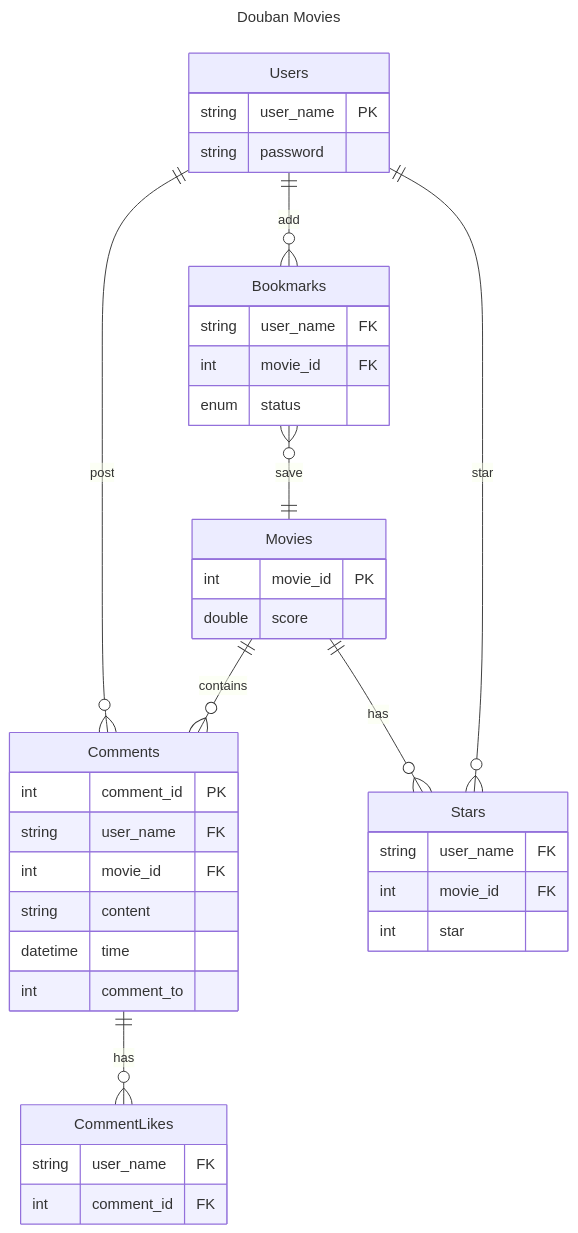
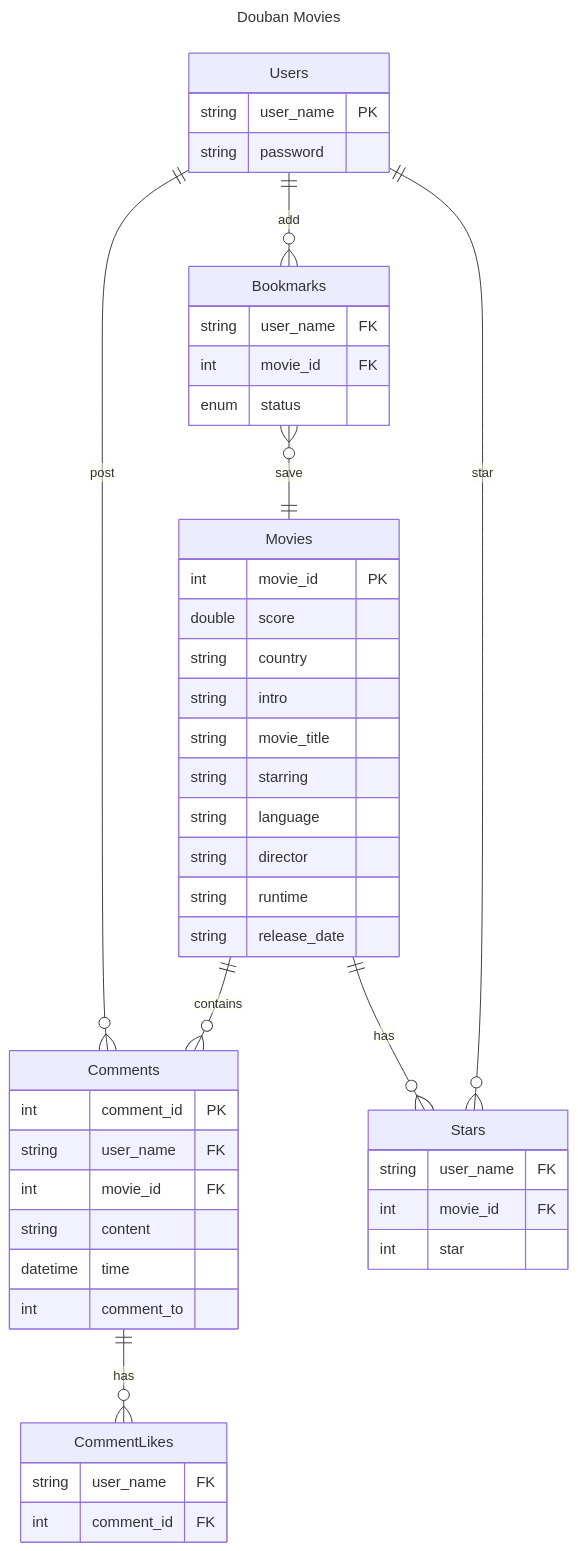
One commit to KelvinQiu802/douban-comp2013j-server changed the diagram in README.md. Above: the diagram before and after it, drawn with Mermaid.

Commit message:
docs: add more fields

````diff
--- a/README.md
+++ b/README.md
@@ -14,49 +14,57 @@
 ```mermaid
 ---
 title: Douban Movies
 ---
 erDiagram
 		Movies ||--o{ Comments : contains
 		Comments ||--o{ CommentLikes : has
 		Users ||--o{ Comments : post
 		Users ||--o{ Bookmarks : add
 		Bookmarks }o--|| Movies : save
 		Users ||--o{ Stars : star
 		Movies ||--o{ Stars : has
 
 		Movies {
 			int movie_id PK
 			double score
+			string country
+			string intro
+			string movie_title
+			string starring
+			string language
+			string director
+			string runtime
+			string release_date
 		}
 		
 		Users {
 			string user_name PK
 			string password
 		}
 		
 		Stars {
 			string user_name FK
 			int movie_id FK
 			int star
 		}
 		
 		Bookmarks {
 			string user_name FK
 			int movie_id FK
 			enum status
 		}
 		
 		Comments {
 			int comment_id PK
 			string user_name FK
 			int movie_id FK
 			string content
 			datetime time
 			int comment_to
 		}
 		
 		CommentLikes {
 			string user_name FK
 			int comment_id FK
 		}
 ```
````
